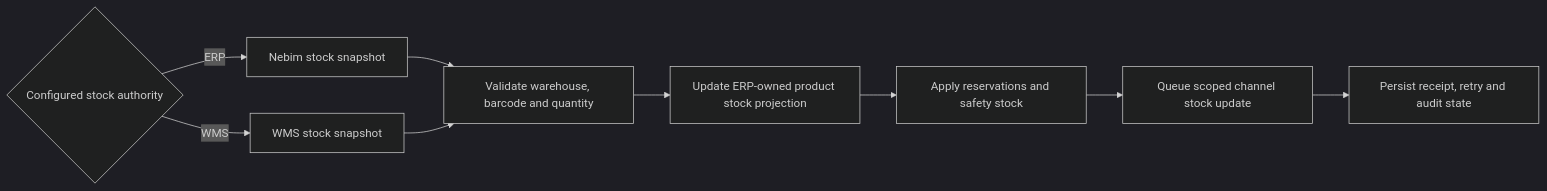
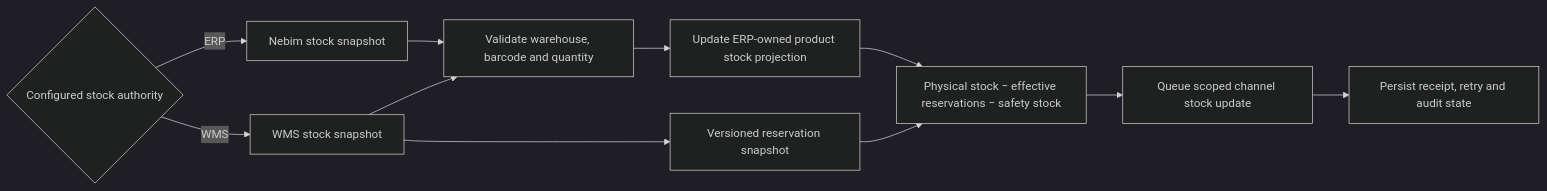
One commit to ayseturan02/MarketPilot_4_0_Complete_Frontend changed the fourth of 4 diagrams in docs/architecture/README.md. Above: the diagram before and after it, drawn with Mermaid (dark theme). The commit also changed other lines of this file and 23 other files, not shown here.

````diff
--- a/docs/architecture/README.md
+++ b/docs/architecture/README.md
@@ -109,11 +136,13 @@
 ```mermaid
 flowchart LR
     Source{Configured stock authority} -->|ERP| ERP[Nebim stock snapshot]
     Source -->|WMS| WMS[WMS stock snapshot]
     ERP --> Validate[Validate warehouse, barcode and quantity]
     WMS --> Validate
     Validate --> Projection[Update ERP-owned product stock projection]
-    Projection --> Available[Apply reservations and safety stock]
+    WMS --> Reservations[Versioned reservation snapshot]
+    Projection --> Available[Physical stock − effective reservations − safety stock]
+    Reservations --> Available
     Available --> Outbox[Queue scoped channel stock update]
     Outbox --> Receipt[Persist receipt, retry and audit state]
 ```
````
